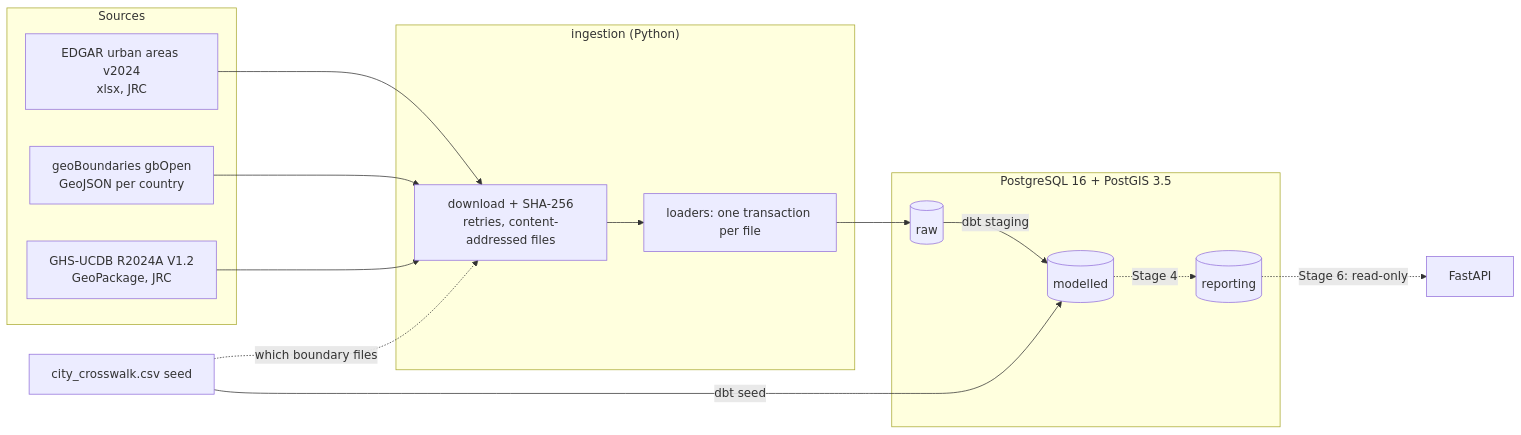
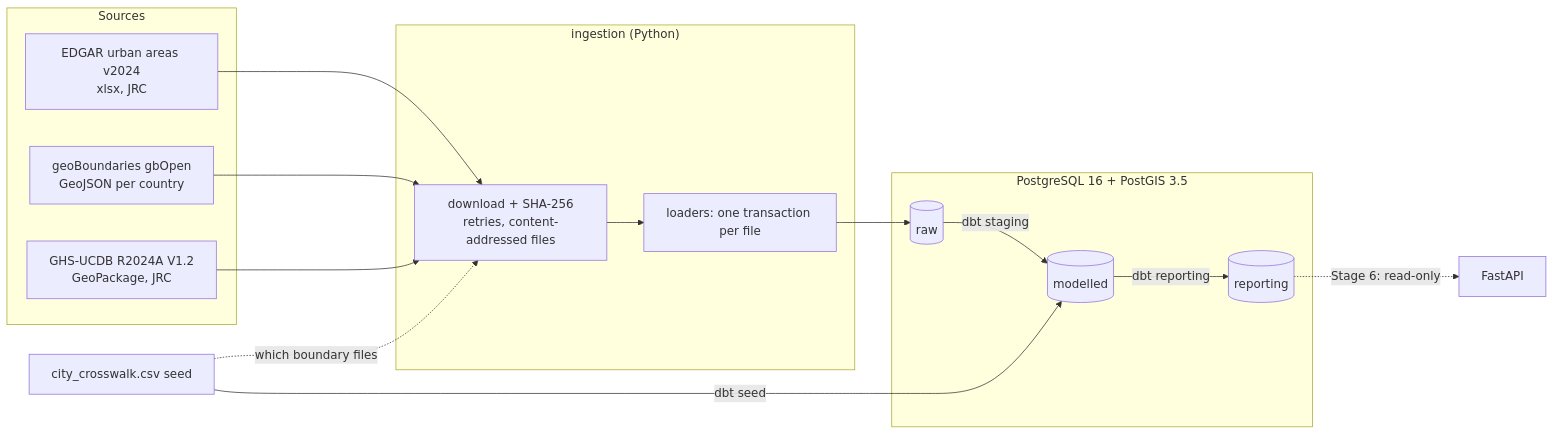
Before and after one commit to tom-cruiser/city-emissions-platform: the first of 2 diagrams in README.md, drawn with Mermaid. The commit also changed other lines of this file and 20 other files, not shown here.

````diff
--- a/README.md
+++ b/README.md
@@ -62,26 +65,26 @@
 ```mermaid
 flowchart LR
     subgraph Sources
         E[EDGAR urban areas v2024<br/>xlsx, JRC]
         G[geoBoundaries gbOpen<br/>GeoJSON per country]
         U[GHS-UCDB R2024A V1.2<br/>GeoPackage, JRC]
     end
     subgraph ingestion["ingestion (Python)"]
         D[download + SHA-256<br/>retries, content-addressed files]
         L[loaders: one transaction per file]
     end
     subgraph Postgres["PostgreSQL 16 + PostGIS 3.5"]
         R[(raw)]
         M[(modelled)]
         P[(reporting)]
     end
     X[city_crosswalk.csv seed]
     E --> D
     G --> D
     U --> D
     D --> L --> R
     X -. which boundary files .-> D
-    R -- dbt staging --> M -. Stage 4 .-> P
+    R -- dbt staging --> M -- dbt reporting --> P
     X -- dbt seed --> M
     P -. Stage 6: read-only .-> API[FastAPI]
 ```
````
